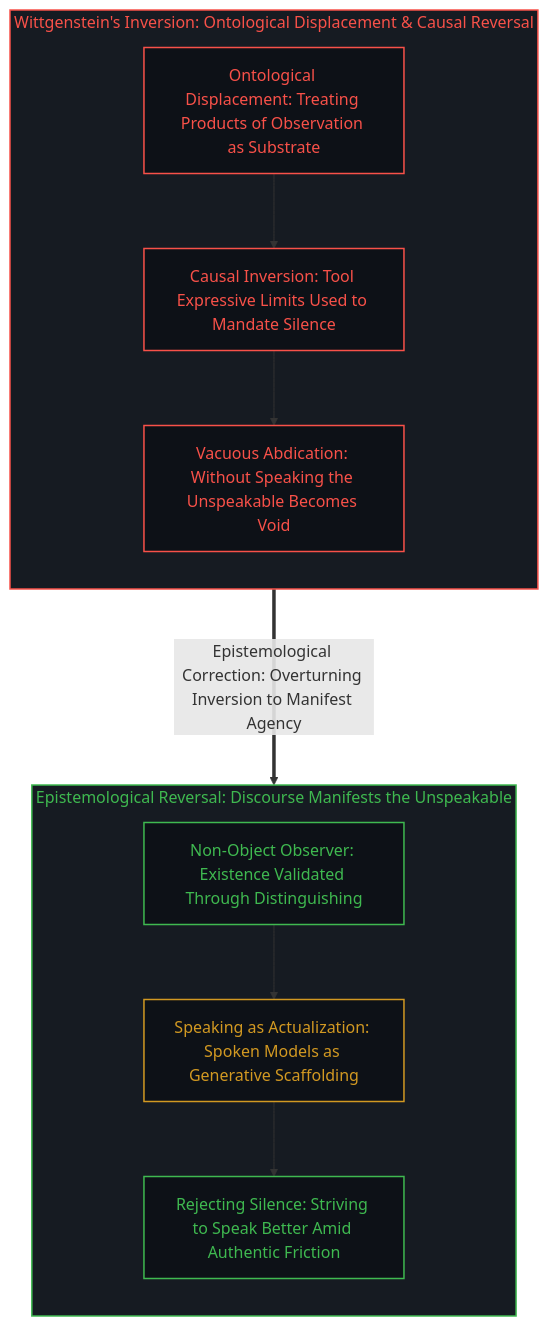
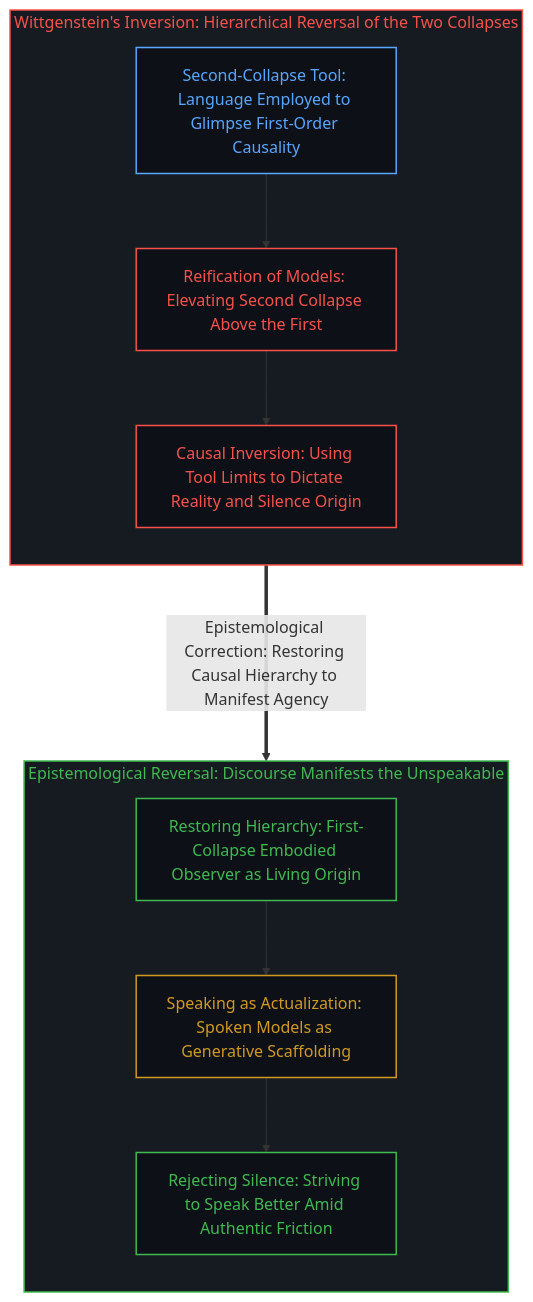
One commit to powerpig99/not-a-toe changed the eighth of 10 diagrams in content/posts/all-that-can-be-spoken-is-the-product-of-the-unspeakable.md. Above: the diagram before and after it, drawn with Mermaid. The commit also changed other lines of this file, not shown here.

Commit message:
Integrate two-fold dimensional collapse hierarchy into Section 4 epistemological critique of Wittgenstein

````diff
--- a/content/posts/all-that-can-be-spoken-is-the-product-of-the-unspeakable.md
+++ b/content/posts/all-that-can-be-spoken-is-the-product-of-the-unspeakable.md
@@ -287,29 +287,29 @@
 ```mermaid
 graph TD
     classDef default fill:#0d1117,stroke:#30363d,stroke-width:1px,color:#f0f6fc;
     classDef mind fill:#0d1117,stroke:#3fb950,stroke-width:1.5px,color:#3fb950;
     classDef failure fill:#0d1117,stroke:#f85149,stroke-width:1.5px,color:#f85149;
     classDef scaffold fill:#0d1117,stroke:#d29922,stroke-width:1.5px,color:#d29922;
     classDef model fill:#0d1117,stroke:#58a6ff,stroke-width:1.5px,color:#58a6ff;
 
-    subgraph S_Wittgenstein_EN ["Wittgenstein's Inversion: Ontological Displacement & Causal Reversal"]
+    subgraph S_Wittgenstein_EN ["Wittgenstein's Inversion: Hierarchical Reversal of the Two Collapses"]
         direction TB
-        WE1["Ontological Displacement: Treating Products of Observation as Substrate"]:::failure
-        WE2["Causal Inversion: Tool Expressive Limits Used to Mandate Silence"]:::failure
-        WE3["Vacuous Abdication: Without Speaking the Unspeakable Becomes Void"]:::failure
+        WE1["Second-Collapse Tool: Language Employed to Glimpse First-Order Causality"]:::model
+        WE2["Reification of Models: Elevating Second Collapse Above the First"]:::failure
+        WE3["Causal Inversion: Using Tool Limits to Dictate Reality and Silence Origin"]:::failure
         WE1 --> WE2 --> WE3
     end
 
     subgraph S_Reconstruction_EN ["Epistemological Reversal: Discourse Manifests the Unspeakable"]
         direction TB
-        RE1["Non-Object Observer: Existence Validated Through Distinguishing"]:::mind
+        RE1["Restoring Hierarchy: First-Collapse Embodied Observer as Living Origin"]:::mind
         RE2["Speaking as Actualization: Spoken Models as Generative Scaffolding"]:::scaffold
         RE3["Rejecting Silence: Striving to Speak Better Amid Authentic Friction"]:::mind
         RE1 --> RE2 --> RE3
     end
 
-    WE3 ===>|"Epistemological Correction: Overturning Inversion to Manifest Agency"| RE1
+    WE3 ===>|"Epistemological Correction: Restoring Causal Hierarchy to Manifest Agency"| RE1
 
     style S_Wittgenstein_EN fill:#161b22,stroke:#f85149,stroke-width:1.5px,color:#f85149
     style S_Reconstruction_EN fill:#161b22,stroke:#3fb950,stroke-width:1.5px,color:#3fb950
 ```
````
